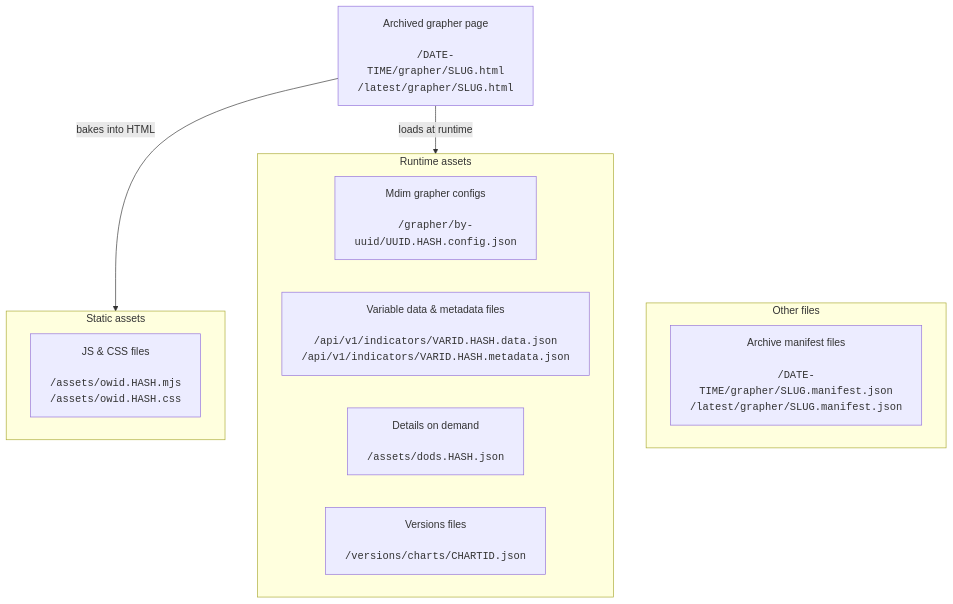
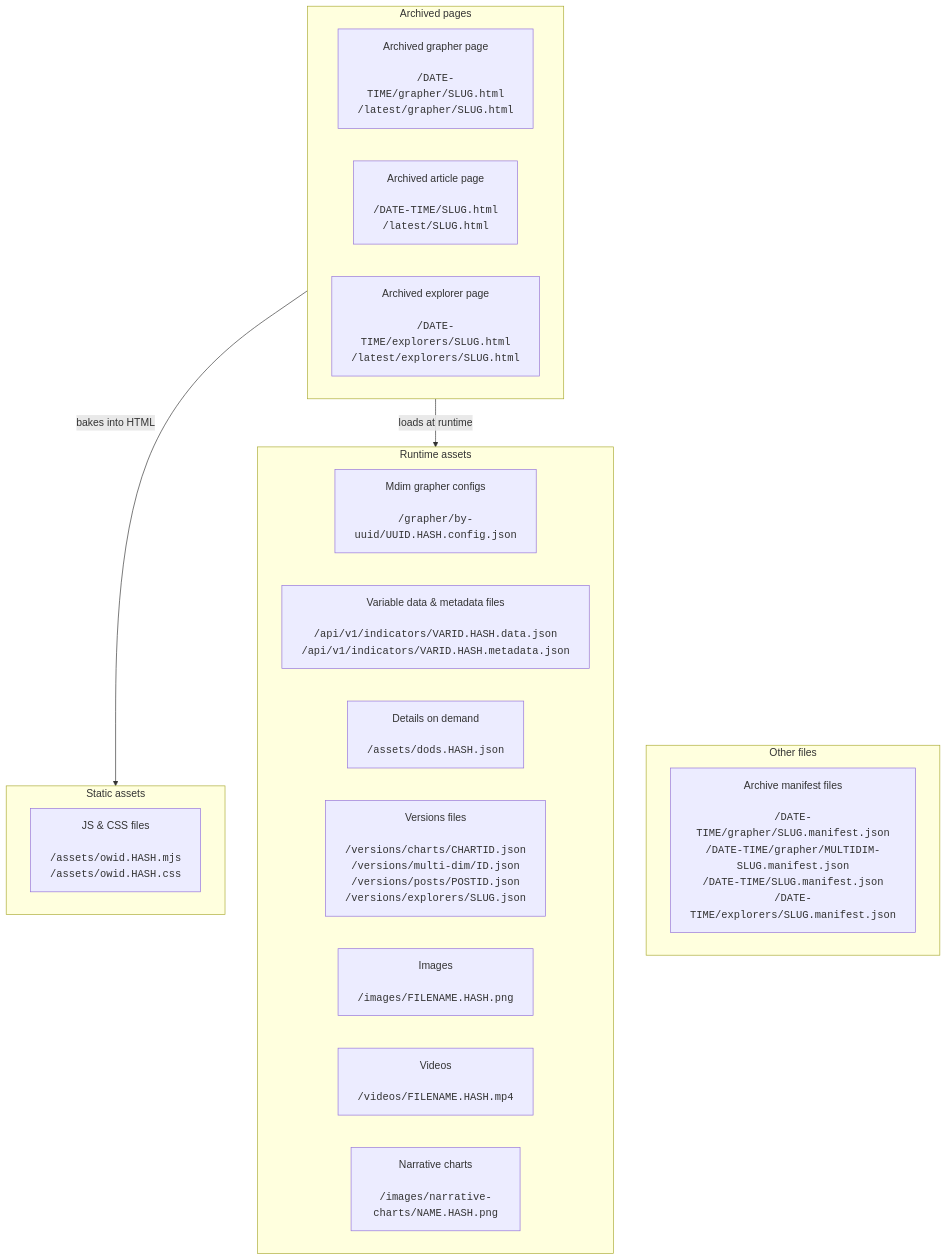
One commit to owid/owid-grapher changed the diagram in baker/archival/README.md. Above: the diagram before and after it, drawn with Mermaid. The commit also changed other lines of this file, not shown here.

First line of the commit message:
Update the archive docs

````diff
--- a/baker/archival/README.md
+++ b/baker/archival/README.md
@@ -9,19 +9,26 @@
 ```mermaid
 flowchart TD
  subgraph static["Static assets"]
         assets["JS & CSS files<br><br><code>/assets/owid.HASH.mjs</code><br><code>/assets/owid.HASH.css</code>"]
   end
  subgraph runtime["Runtime assets"]
         configs["Mdim grapher configs<br><br><code>/grapher/by-uuid/UUID.HASH.config.json</code>"]
         vars["Variable data &amp; metadata files<br><br><code>/api/v1/indicators/VARID.HASH.data.json</code><br><code>/api/v1/indicators/VARID.HASH.metadata.json</code>"]
         dods["Details on demand<br><br><code>/assets/dods.HASH.json</code>"]
-        versions["Versions files<br><br><code>/versions/charts/CHARTID.json</code>"]
+        versions["Versions files<br><br><code>/versions/charts/CHARTID.json</code><br><code>/versions/multi-dim/ID.json</code><br><code>/versions/posts/POSTID.json</code><br><code>/versions/explorers/SLUG.json</code>"]
+        images["Images<br><br><code>/images/FILENAME.HASH.png</code>"]
+        videos["Videos<br><br><code>/videos/FILENAME.HASH.mp4</code>"]
+        narrative["Narrative charts<br><br><code>/images/narrative-charts/NAME.HASH.png</code>"]
   end
   subgraph other["Other files"]
-    manifests["Archive manifest files<br><br><code>/DATE-TIME/grapher/SLUG.manifest.json</code><br><code>/latest/grapher/SLUG.manifest.json</code>"]
+    manifests["Archive manifest files<br><br><code>/DATE-TIME/grapher/SLUG.manifest.json</code><br><code>/DATE-TIME/grapher/MULTIDIM-SLUG.manifest.json</code><br><code>/DATE-TIME/SLUG.manifest.json</code><br><code>/DATE-TIME/explorers/SLUG.manifest.json</code>"]
   end
+  subgraph archived["Archived pages"]
     page["Archived grapher page<br><br><code>/DATE-TIME/grapher/SLUG.html</code><br><code>/latest/grapher/SLUG.html</code>"]
-    page -- bakes into HTML --> static
-    page -- loads at runtime --> runtime
-    page ~~~ other
+    article["Archived article page<br><br><code>/DATE-TIME/SLUG.html</code><br><code>/latest/SLUG.html</code>"]
+    explorer["Archived explorer page<br><br><code>/DATE-TIME/explorers/SLUG.html</code><br><code>/latest/explorers/SLUG.html</code>"]
+  end
+    archived -- bakes into HTML --> static
+    archived -- loads at runtime --> runtime
+    archived ~~~ other
 ```
````
